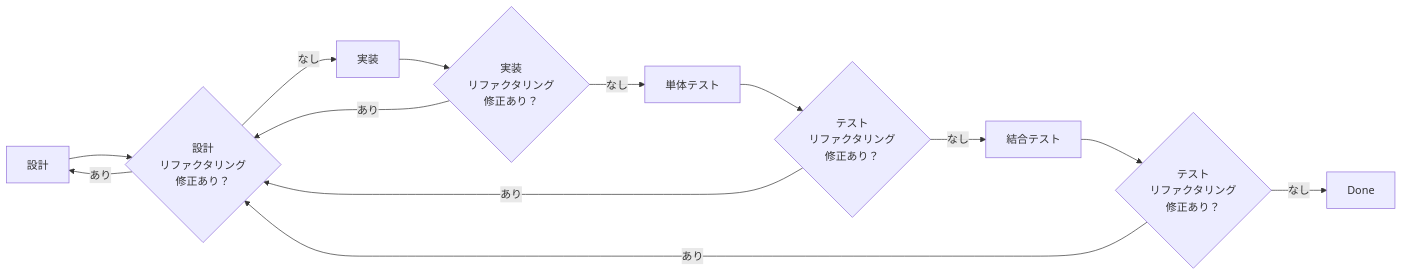
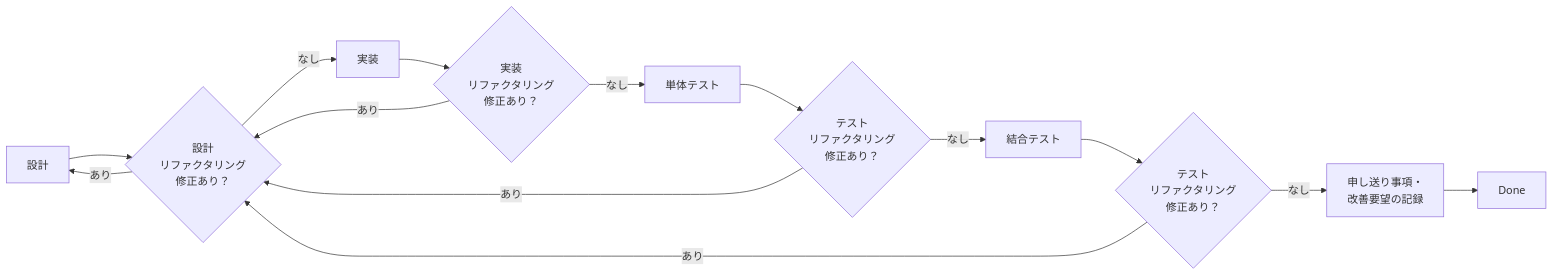
The second of 3 diagrams in _document/002.要件定義フェーズ/002.プロジェクト計画/002-03.タスク推進計画.md (BossApe/lo-vibe), drawn with Mermaid before and after one commit. The commit also changed other lines of this file, not shown here.

Commit message:
Ticket工程に申し送り事項・改善要望の記録ステップを追加

````diff
--- a/_document/002.要件定義フェーズ/002.プロジェクト計画/002-03.タスク推進計画.md
+++ b/_document/002.要件定義フェーズ/002.プロジェクト計画/002-03.タスク推進計画.md
@@ -84,15 +85,16 @@
 ```mermaid
 flowchart LR
   D[設計] --> DR{設計<br>リファクタリング<br>修正あり？}
     DR -- あり --> D
     DR -- なし --> I[実装]
   I --> IR{実装<br>リファクタリング<br>修正あり？}
     IR -- あり --> DR
     IR -- なし --> UT[単体テスト]
   UT --> UTR{テスト<br>リファクタリング<br>修正あり？}
     UTR -- あり --> DR
     UTR -- なし --> IT[結合テスト]
   IT --> ITR{テスト<br>リファクタリング<br>修正あり？}
     ITR -- あり --> DR
-    ITR -- なし --> Done[Done]
+    ITR -- なし --> REC[申し送り事項・<br>改善要望の記録]
+  REC --> Done[Done]
 ```
````
